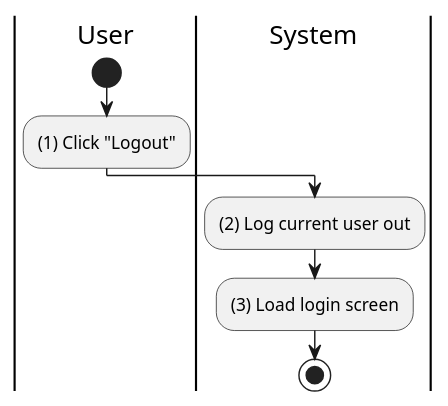
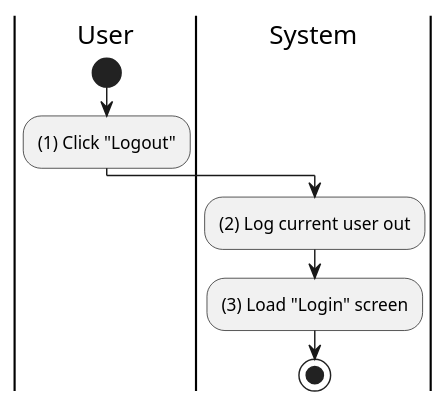
One commit to phihungha/SE357-Practice-class changed the diagram in Lab1/Lab1.2/activities/my-account-logout.plantuml. Above: the diagram before and after it, drawn with PlantUML. The commit also changed 21 other files, not shown here.

Commit message:
Finalize activity diagram

```diff
--- a/Lab1/Lab1.2/activities/my-account-logout.plantuml
+++ b/Lab1/Lab1.2/activities/my-account-logout.plantuml
@@ -1,13 +1,13 @@
 @startuml my-account-logout
 |u|User
 |s|System
 
 |u|
 start
 :(1) Click "Logout";
 
 |s|
 :(2) Log current user out;
-:(3) Load login screen;
+:(3) Load "Login" screen;
 stop
 @enduml
```
